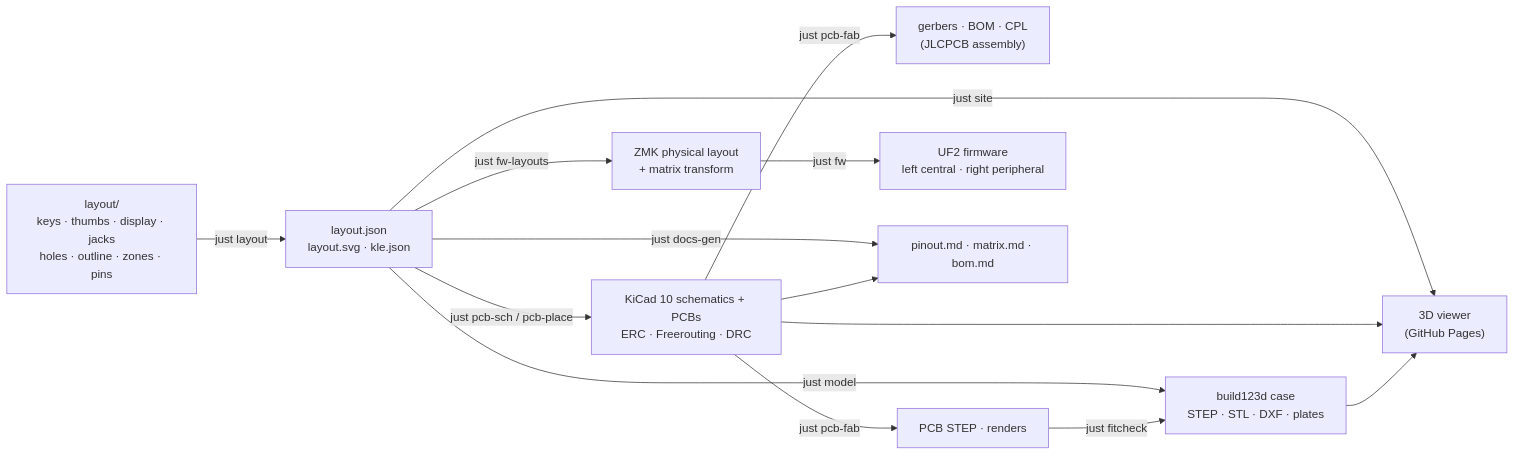
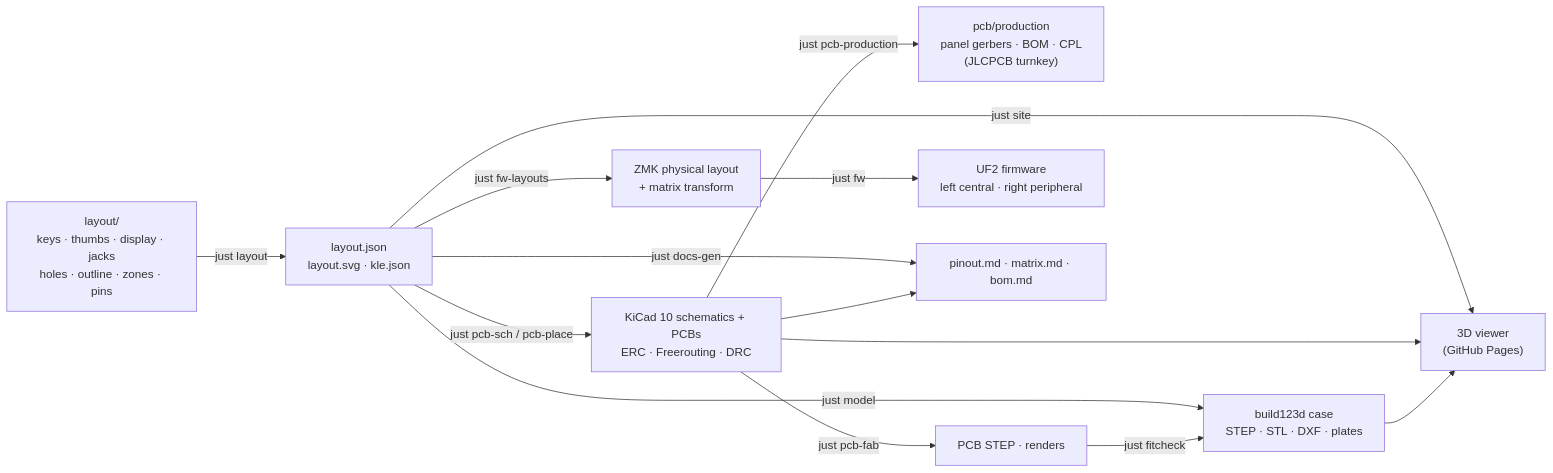
The diagram in README.md (w0rxbend/worxboard), drawn with Mermaid before and after one commit. The commit also changed other lines of this file and 1 other file, not shown here.

First line of the commit message:
docs(readme, changelog): add "Order it" and record the turnkey work

````diff
--- a/README.md
+++ b/README.md
@@ -105,16 +122,16 @@
 ```mermaid
 flowchart LR
     L["layout/<br/>keys · thumbs · display · jacks<br/>holes · outline · zones · pins"] -->|just layout| J["layout.json<br/>layout.svg · kle.json"]
     J -->|just pcb-sch / pcb-place| P["KiCad 10 schematics + PCBs<br/>ERC · Freerouting · DRC"]
-    P -->|just pcb-fab| F["gerbers · BOM · CPL<br/>(JLCPCB assembly)"]
+    P -->|just pcb-production| F["pcb/production<br/>panel gerbers · BOM · CPL<br/>(JLCPCB turnkey)"]
     P -->|just pcb-fab| S["PCB STEP · renders"]
     J -->|just model| C["build123d case<br/>STEP · STL · DXF · plates"]
     S -->|just fitcheck| C
     J -->|just fw-layouts| Z["ZMK physical layout<br/>+ matrix transform"]
     Z -->|just fw| U["UF2 firmware<br/>left central · right peripheral"]
     J -->|just docs-gen| D["pinout.md · matrix.md · bom.md"]
     P --> D
     J -->|just site| W["3D viewer<br/>(GitHub Pages)"]
     P --> W
     C --> W
 ```
````
